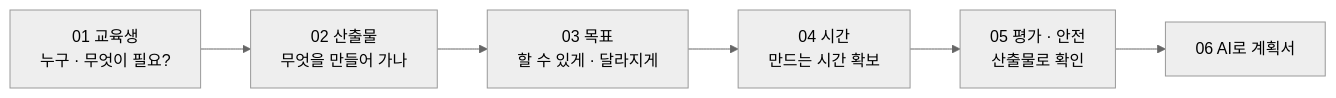
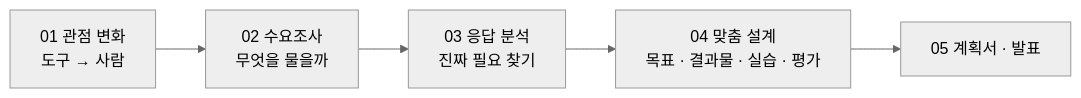
One commit to skydiver846/fire-ai-classroom changed the diagram in instructor/lesson-design/강의설계_00_강의안내.md. Above: the diagram before and after it, drawn with Mermaid (neutral theme). The commit also changed other lines of this file and 16 other files, not shown here.

````diff
--- a/instructor/lesson-design/강의설계_00_강의안내.md
+++ b/instructor/lesson-design/강의설계_00_강의안내.md
@@ -36,8 +28,7 @@
 ```mermaid
 graph LR
-    A["01 교육생<br/>누구 · 무엇이 필요?"] --> B["02 산출물<br/>무엇을 만들어 가나"]
-    B --> C["03 목표<br/>할 수 있게 · 달라지게"]
-    C --> D["04 시간<br/>만드는 시간 확보"]
-    D --> E["05 평가 · 안전<br/>산출물로 확인"]
-    E --> F["06 AI로 계획서"]
+    A["01 관점 변화<br/>도구 → 사람"] --> B["02 수요조사<br/>무엇을 물을까"]
+    B --> C["03 응답 분석<br/>진짜 필요 찾기"]
+    C --> D["04 맞춤 설계<br/>목표 · 결과물 · 실습 · 평가"]
+    D --> E["05 계획서 · 발표"]
 ```
````
